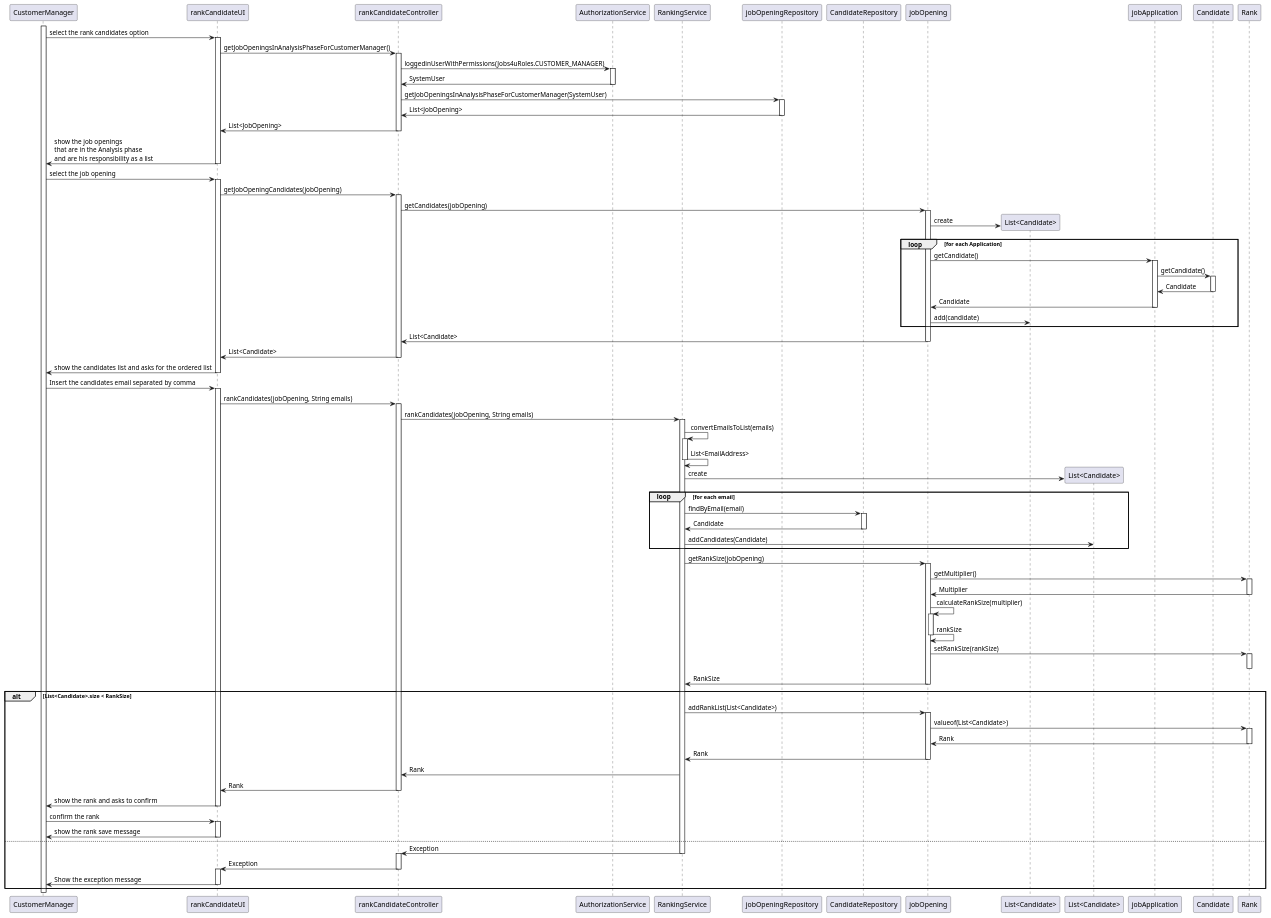
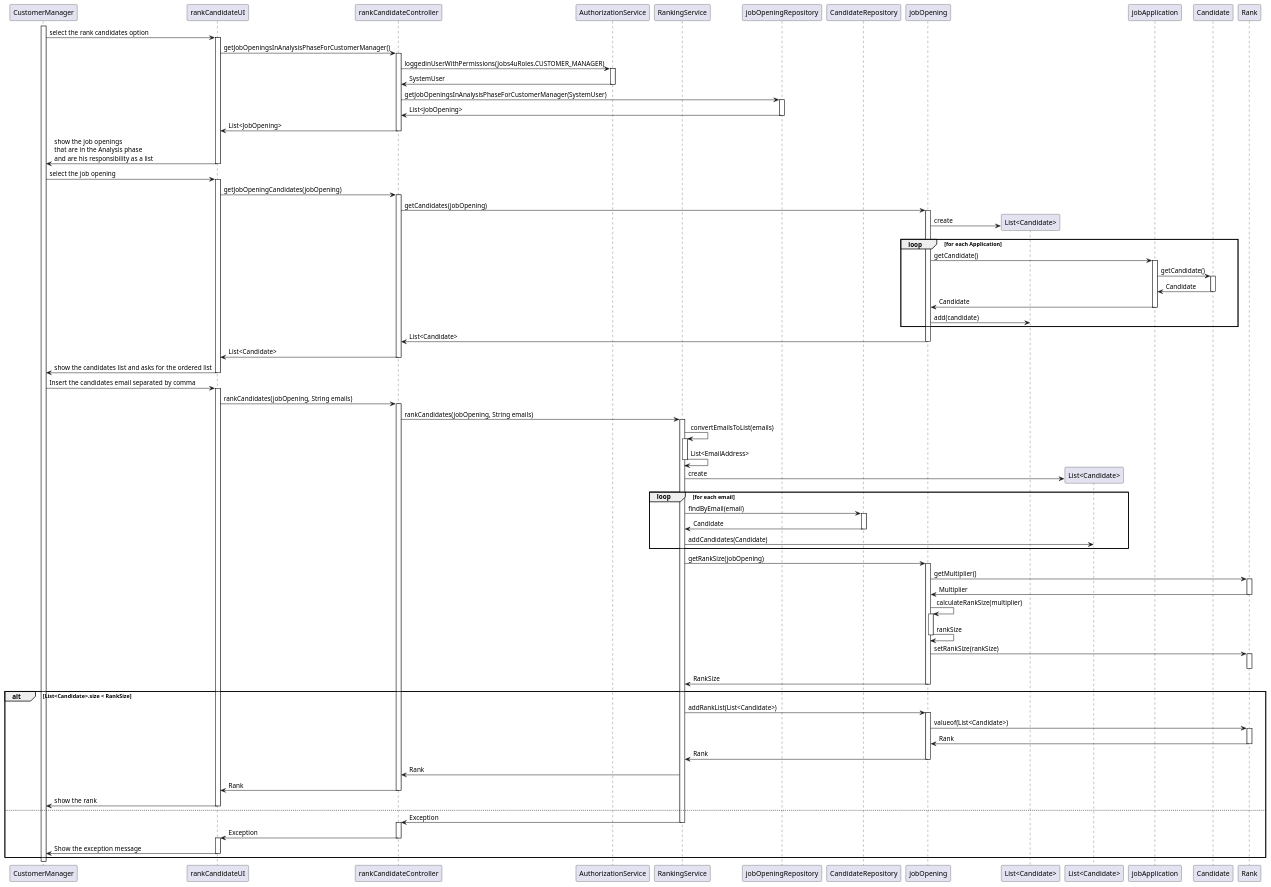
Before and after one commit to Rodrick0209/ISEP-SEM4PI-23-24: the diagram in docs/SprintC/us1013/SD/sd.puml, drawn with PlantUML. The commit also changed 1 other file, not shown here.

Commit message:
Us 1013 design update (changes in sd, confirm message change) #35

```diff
--- a/docs/SprintC/us1013/SD/sd.puml
+++ b/docs/SprintC/us1013/SD/sd.puml
@@ -1,160 +1,157 @@
 @startuml
 
 participant CustomerManager
 participant rankCandidateUI as UI
 participant rankCandidateController as controller
 participant "AuthorizationService" as auth
 participant "RankingService" as service
 participant jobOpeningRepository as jrepo
 participant CandidateRepository as crepo
 participant jobOpening as jo
 participant "List<Candidate>" as lc
 participant "List<Candidate>" as lc1
 participant jobApplication as ja
 participant Candidate as c
 participant Rank as rank
 
 activate CustomerManager
 
 
 CustomerManager -> UI: select the rank candidates option
 activate UI
 UI-> controller: getJobOpeningsInAnalysisPhaseForCustomerManager()
 activate controller
 
 controller->auth: loggedinUserWithPermissions(Jobs4uRoles.CUSTOMER_MANAGER)
 activate auth
 auth->controller: SystemUser
 deactivate auth
 
 controller -> jrepo: getJobOpeningsInAnalysisPhaseForCustomerManager(SystemUser)
 activate jrepo
 jrepo -> controller: List<JobOpening>
 deactivate jrepo
 controller -> UI: List<JobOpening>
 deactivate controller
 
 UI -> CustomerManager: show the job openings \nthat are in the Analysis phase \nand are his responsibility as a list
 deactivate UI
 
 CustomerManager -> UI: select the job opening
 activate UI
 UI -> controller: getJobOpeningCandidates(jobOpening)
 
 activate controller
 
 controller -> jo: getCandidates(jobOpening)
 
 activate jo
 
 jo->lc**: create
 loop for each Application
     jo -> ja: getCandidate()
     activate ja
 
     ja -> c: getCandidate()
     activate c
 
     c -> ja: Candidate
     deactivate c
 
     ja ->jo: Candidate
     deactivate  ja
     jo-> lc:add(candidate)
 end
 
 jo -> controller: List<Candidate>
 deactivate jo
 controller -> UI: List<Candidate>
 deactivate controller
 
 
 UI -> CustomerManager: show the candidates list and asks for the ordered list
 deactivate UI
 CustomerManager-> UI: Insert the candidates email separated by comma
 activate UI
 UI -> controller: rankCandidates(jobOpening, String emails)
 activate controller
 controller -> service: rankCandidates(jobOpening, String emails)
 activate service
 
 
 service -> service: convertEmailsToList(emails)
 activate service
 service -> service: List<EmailAddress>
 deactivate service
 service -> lc1 **: create
 loop for each email
     service -> crepo: findByEmail(email)
     activate crepo
 
     crepo -> service: Candidate
     deactivate crepo
     service->lc1: addCandidates(Candidate)
 end
 
     service -> jo: getRankSize(jobOpening)
     activate jo
     jo->rank: getMultiplier()
     activate rank
     rank -> jo: Multiplier
     deactivate rank
 
     jo -> jo : calculateRankSize(multiplier)
     activate jo
     jo->jo: rankSize
     deactivate jo
     jo->rank: setRankSize(rankSize)
     activate rank
     deactivate rank
 
     jo -> service: RankSize
     deactivate jo
 
     alt List<Candidate>.size < RankSize
         service ->jo: addRankList(List<Candidate>)
         activate jo
         jo->rank: valueof(List<Candidate>)
         activate rank
 
         rank -> jo: Rank
         deactivate rank
         jo -> service: Rank
         deactivate jo
 
 
 
 
 
 
 
 
     service -> controller: Rank
 
 
     controller -> UI:Rank
     deactivate controller
 
-    UI -> CustomerManager: show the rank and asks to confirm
-    deactivate UI
-    CustomerManager -> UI: confirm the rank
-    activate UI
-    UI -> CustomerManager: show the rank save message
+
+    UI -> CustomerManager: show the rank
     deactivate UI
 else
     service -> controller: Exception
     deactivate service
     activate controller
 
 
     controller -> UI:Exception
     deactivate controller
     activate UI
     deactivate controller
 
     UI -> CustomerManager: Show the exception message
     deactivate UI
 
 end
 
 @enduml
```
